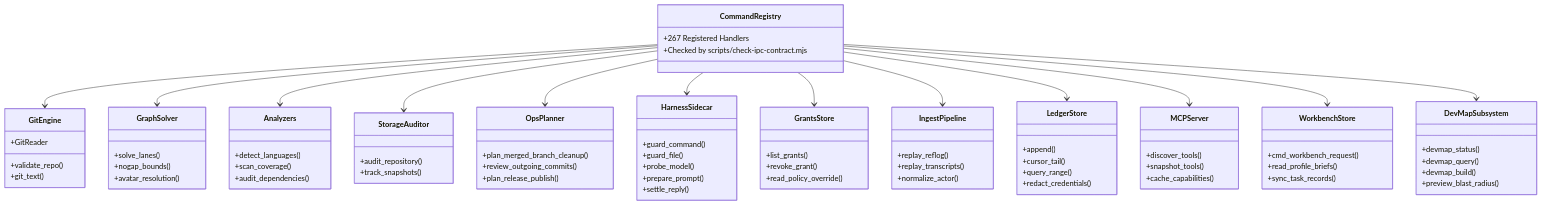
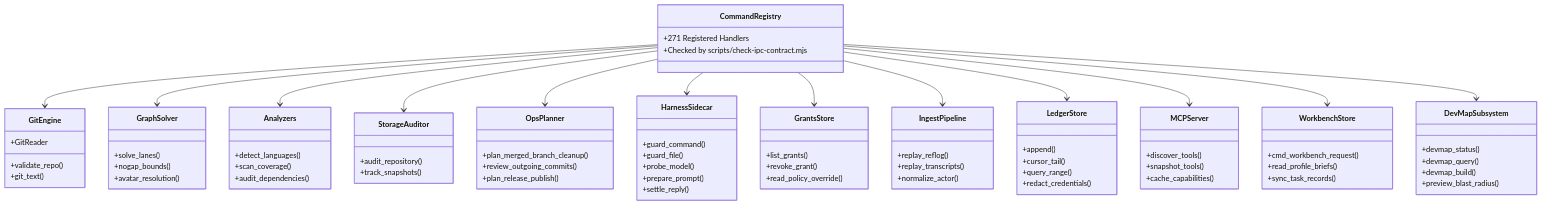
One commit to bharathvbcr/GitPulse changed the third of 5 diagrams in docs/ARCHITECTURE.md. Above: the diagram before and after it, drawn with Mermaid. The commit also changed other lines of this file and 25 other files, not shown here.

````diff
--- a/docs/ARCHITECTURE.md
+++ b/docs/ARCHITECTURE.md
@@ -199,7 +199,7 @@
 ```mermaid
 classDiagram
     class CommandRegistry {
-        +267 Registered Handlers
+        +271 Registered Handlers
         +Checked by scripts/check-ipc-contract.mjs
     }
     class GitEngine {
````
